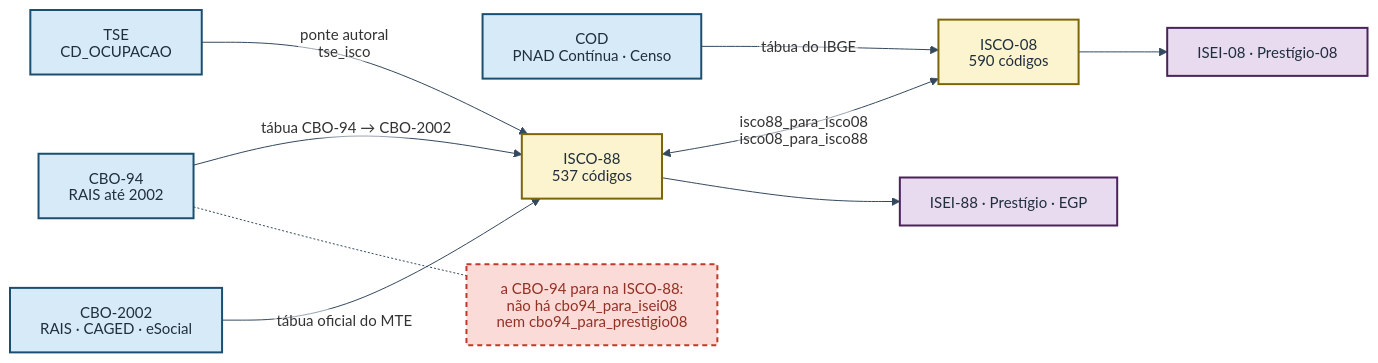
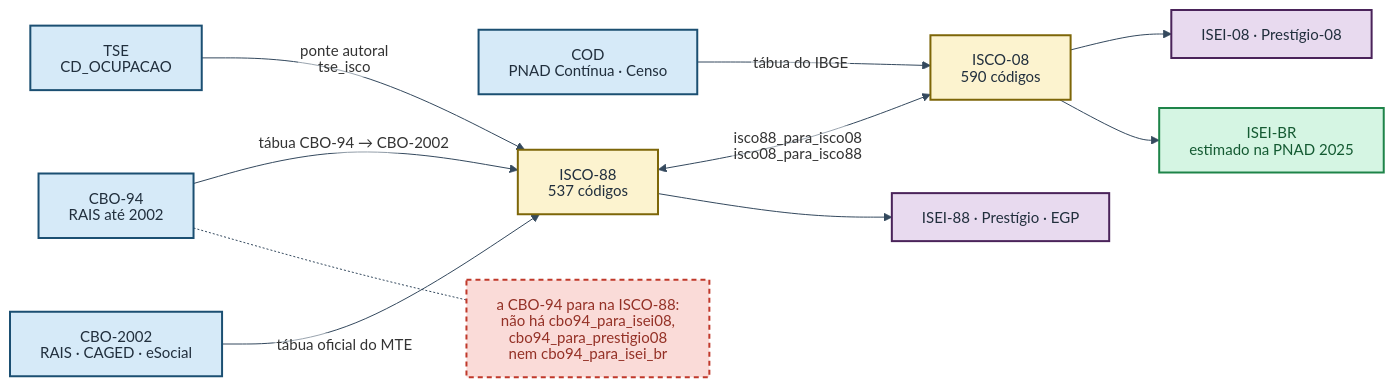
One commit to moraespeixoto/ocupacoesBR changed the diagram in data-raw/figuras/quatro_portas.qmd. Above: the diagram before and after it, drawn with Mermaid. The commit also changed 140 other files, not shown here.

First line of the commit message:
Fecha as pontas soltas do ISEI-BR e retira a porta pela CBO-94

````diff
--- a/data-raw/figuras/quatro_portas.qmd
+++ b/data-raw/figuras/quatro_portas.qmd
@@ -6,35 +6,39 @@
 ```{mermaid}
 %%{init: {"theme":"base","themeVariables":{"fontFamily":"Helvetica, Arial, sans-serif","fontSize":"15px","lineColor":"#34495E","textColor":"#212F3D","edgeLabelBackground":"#FFFFFF"},"flowchart":{"htmlLabels":false},"htmlLabels":false} }%%
 flowchart LR
   TSE["TSE<br/>CD_OCUPACAO"]
   C02["CBO-2002<br/>RAIS · CAGED · eSocial"]
   C94["CBO-94<br/>RAIS até 2002"]
   COD["COD<br/>PNAD Contínua · Censo"]
-  FALTA["a CBO-94 para na ISCO-88:<br/>não há cbo94_para_isei08<br/>nem cbo94_para_prestigio08"]
+  FALTA["a CBO-94 para na ISCO-88:<br/>não há cbo94_para_isei08,<br/>cbo94_para_prestigio08<br/>nem cbo94_para_isei_br"]
 
   I88["ISCO-88<br/>537 códigos"]
   I08["ISCO-08<br/>590 códigos"]
 
   M88["ISEI-88 · Prestígio · EGP"]
   M08["ISEI-08 · Prestígio-08"]
+  MBR["ISEI-BR<br/>estimado na PNAD 2025"]
 
   TSE -->|ponte autoral<br/>tse_isco| I88
   C02 -->|tábua oficial do MTE| I88
   C94 -->|tábua CBO-94 → CBO-2002| I88
   C94 -.- FALTA
   COD -->|tábua do IBGE| I08
 
   I88 <-->|isco88_para_isco08<br/>isco08_para_isco88| I08
 
   I88 --> M88
   I08 --> M08
+  I08 --> MBR
 
   classDef origem fill:#D6EAF8,stroke:#1B4F72,stroke-width:2px,color:#212F3D
   classDef hub fill:#FCF3CF,stroke:#7D6608,stroke-width:2px,color:#212F3D
   classDef medida fill:#E8DAEF,stroke:#4A235A,stroke-width:2px,color:#212F3D
+  classDef estimada fill:#D5F5E3,stroke:#1E8449,stroke-width:2px,color:#145A32
   classDef falta fill:#FADBD8,stroke:#C0392B,stroke-width:2px,stroke-dasharray:5 4,color:#943126
   class TSE,C02,C94,COD origem
   class I88,I08 hub
   class M88,M08 medida
+  class MBR estimada
   class FALTA falta
 ```
````
